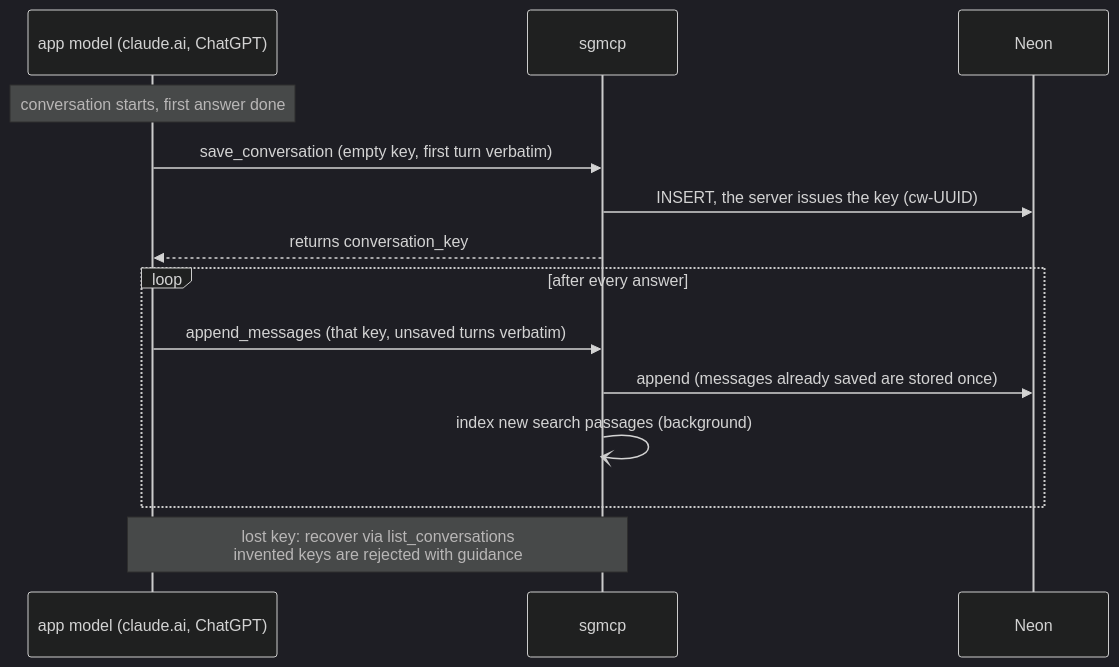
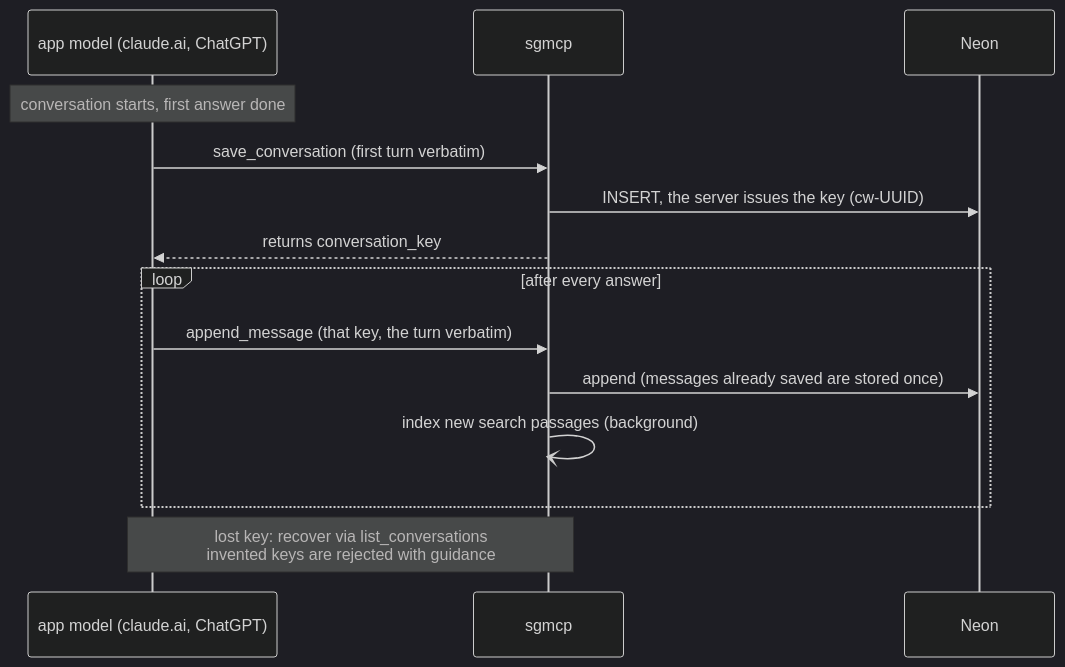
One commit to seung-gu/sgmcp changed the first of 3 diagrams in ARCHITECTURE.md. Above: the diagram before and after it, drawn with Mermaid (dark theme). The commit also changed 8 other files, not shown here.

Commit message:
Take each saved turn as two top-level strings: save_conversation and append_message

````diff
--- a/ARCHITECTURE.md
+++ b/ARCHITECTURE.md
@@ -39,19 +39,19 @@
 ```mermaid
 sequenceDiagram
     participant F as app model (claude.ai, ChatGPT)
     participant S as sgmcp
     participant DB as Neon
 
     Note over F: conversation starts, first answer done
-    F->>S: save_conversation (empty key, first turn verbatim)
+    F->>S: save_conversation (first turn verbatim)
     S->>DB: INSERT, the server issues the key (cw-UUID)
     S-->>F: returns conversation_key
 
     loop after every answer
-        F->>S: append_messages (that key, unsaved turns verbatim)
+        F->>S: append_message (that key, the turn verbatim)
         S->>DB: append (messages already saved are stored once)
         S-)S: index new search passages (background)
     end
 
     Note over F,S: lost key: recover via list_conversations<br/>invented keys are rejected with guidance
 ```
````
